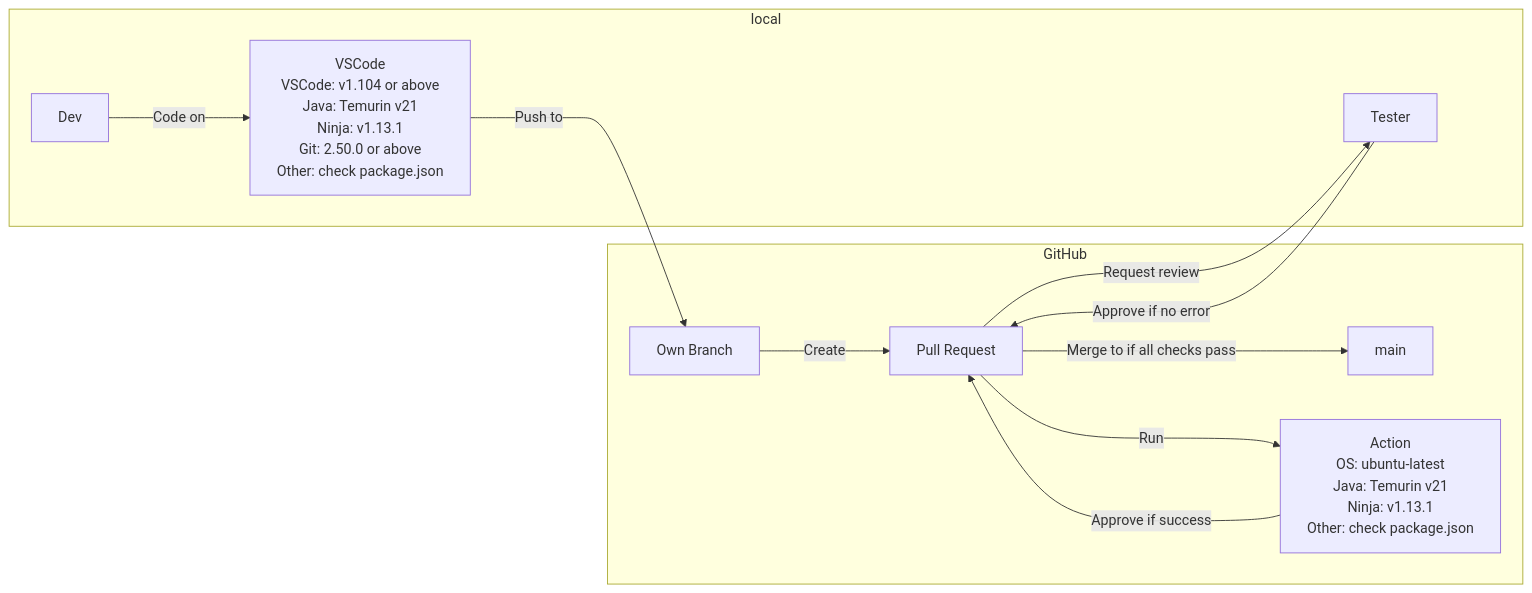
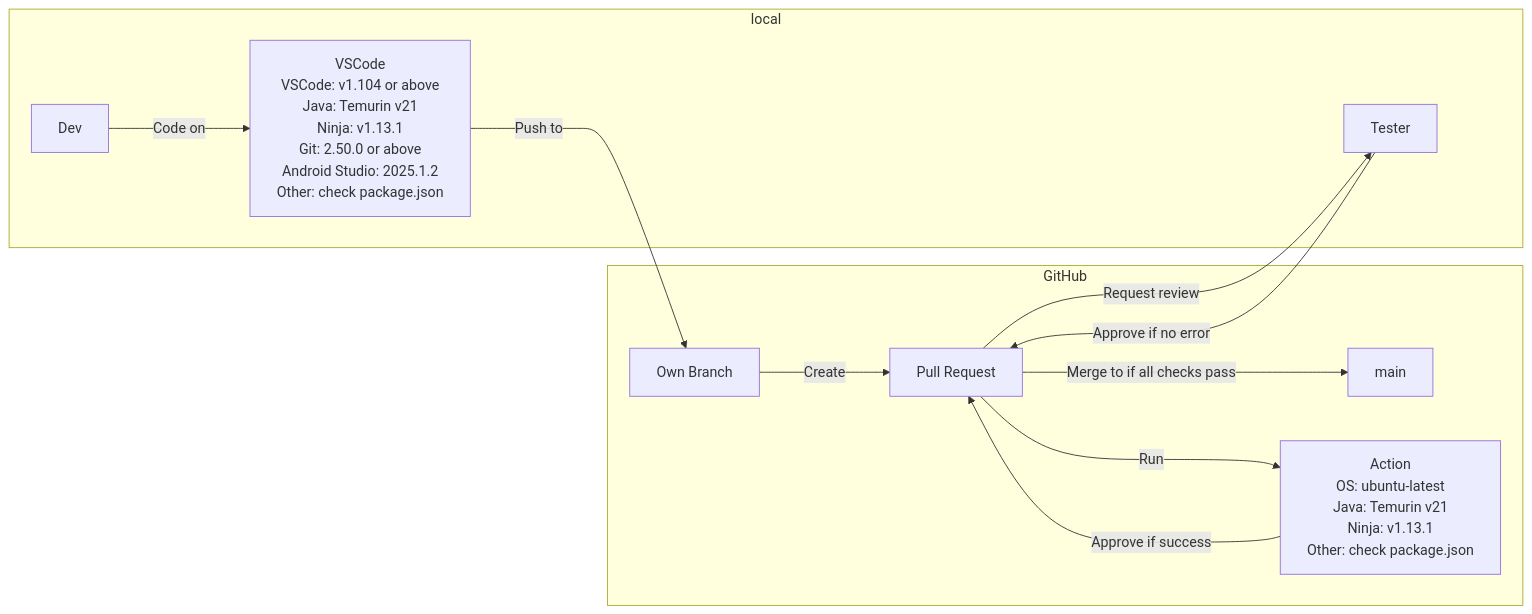
Before and after one commit to BozhanL/FlatFinder: the diagram in docs/diagram/README.md, drawn with Mermaid.

Commit message:
Add Android Studio to Development environment

````diff
--- a/docs/diagram/README.md
+++ b/docs/diagram/README.md
@@ -17,38 +17,39 @@
 ```mermaid
 flowchart LR
     subgraph local
     Dev
     Tester
 
     VSCode[VSCode
     VSCode: v1.104 or above
     Java: Temurin v21
     Ninja: v1.13.1
     Git: 2.50.0 or above
+    Android Studio: 2025.1.2
     Other: check package.json]
 
     Dev -- Code on ---> VSCode
     end
 
     subgraph GitHub
     OwnBranch[Own Branch]
     main
     PR[Pull Request]
     action[Action
     OS: ubuntu-latest
     Java: Temurin v21
     Ninja: v1.13.1
     Other: check package.json]
 
     VSCode -- Push to ---> OwnBranch
     OwnBranch -- Create ---> PR
 
     PR -- Run ---> action
     PR -- Request review ---> Tester
 
     action -- Approve if success ---> PR
     Tester -- Approve if no error ---> PR
 
     PR -- Merge to if all checks pass ---> main
     end
 ```
````
